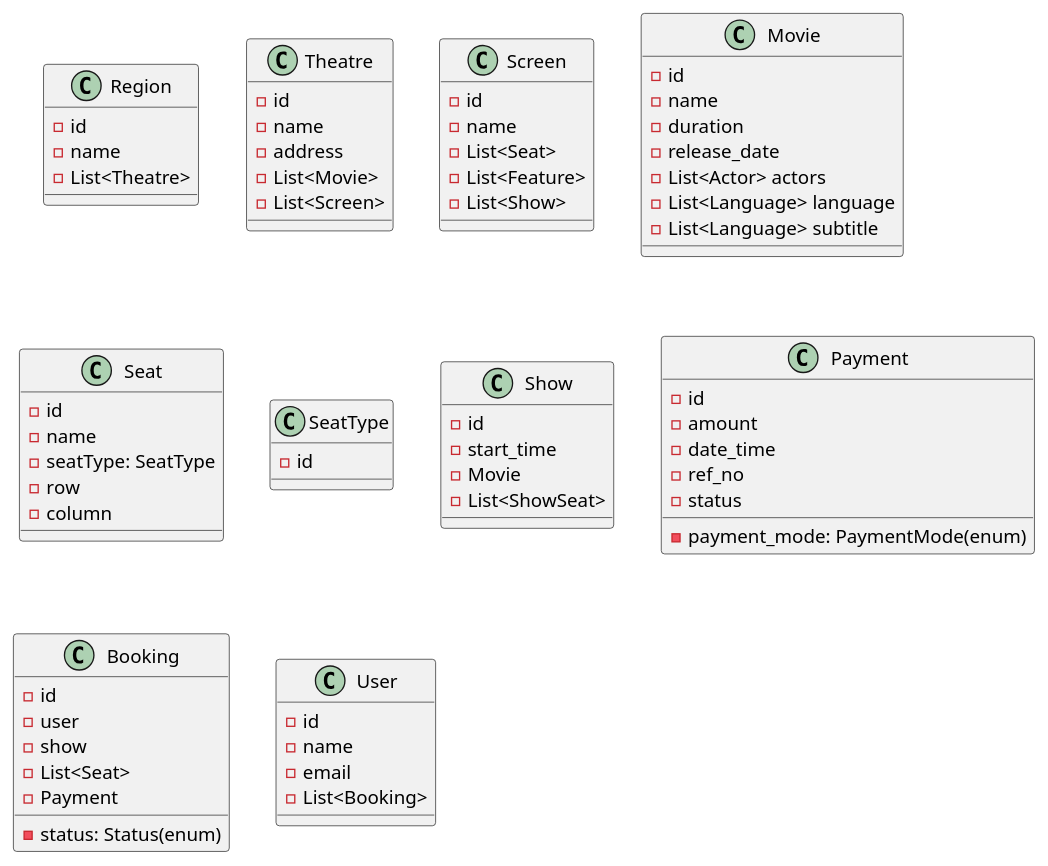
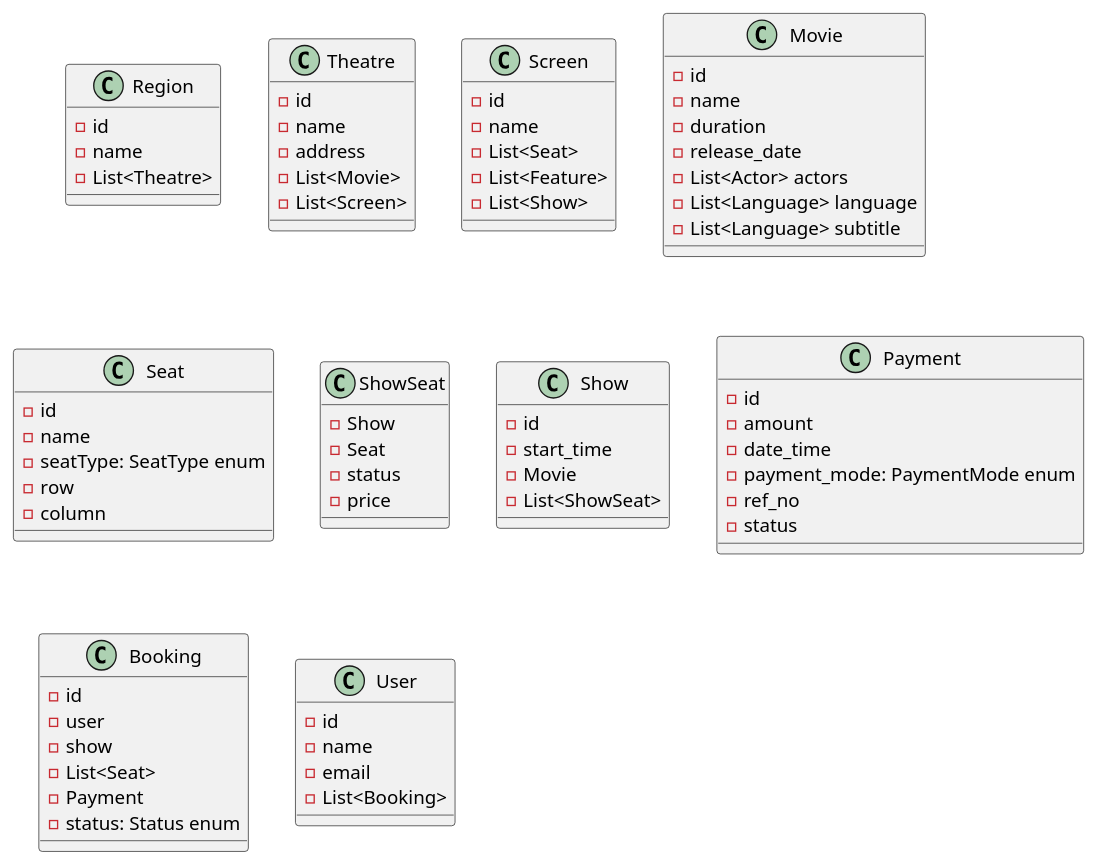
The diagram in System Design/07. Book My Show.md (Chitlangia-Vedant/Obsidian), drawn with PlantUML before and after one commit.

Commit message:
vault backup: 2026-09-18 14:14:06

````diff
--- a/System Design/07. Book My Show.md
+++ b/System Design/07. Book My Show.md
@@ -32,70 +32,74 @@
 ```plantuml
 @startuml
 class Region{
 	-id
 	-name
 	-List<Theatre>
 }
 class Theatre{
 	-id
 	-name
 	-address
 	-List<Movie>
 	-List<Screen>
 }
 class Screen{
 	-id
 	-name
 	-List<Seat>
 	-List<Feature>
 	-List<Show>
 }
 class Movie{
 	-id
 	-name
 	-duration
 	-release_date
 	-List<Actor> actors
 	-List<Language> language
 	-List<Language> subtitle
 }
 class Seat{
 	-id
 	-name
-	-seatType: SeatType
+	-seatType: SeatType enum
 	-row
 	-column
 }
-class SeatType{
-	-id
+
+class ShowSeat{
+	-Show
+	-Seat
+	-status
+	-price
 }
 class Show{
 	-id
 	-start_time
 	-Movie
 	-List<ShowSeat>
 }
 class Payment{
 	-id
 	-amount
 	-date_time
-	-payment_mode: PaymentMode(enum)
+	-payment_mode: PaymentMode enum
 	-ref_no
 	-status
 }
 class Booking{
 	-id
 	-user
 	-show
 	-List<Seat>
 	-Payment
-	-status: Status(enum)
+	-status: Status enum
 }
 class User{
 	-id
 	-name
 	-email
 	-List<Booking>
 }
 @enduml
 ```
````
